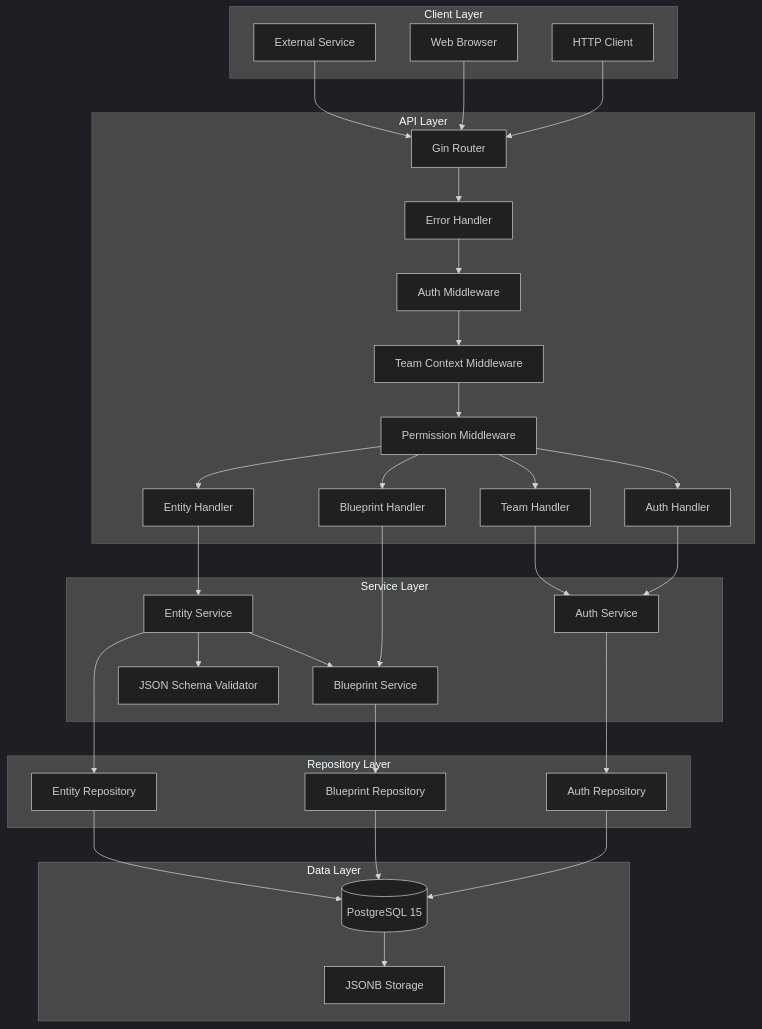
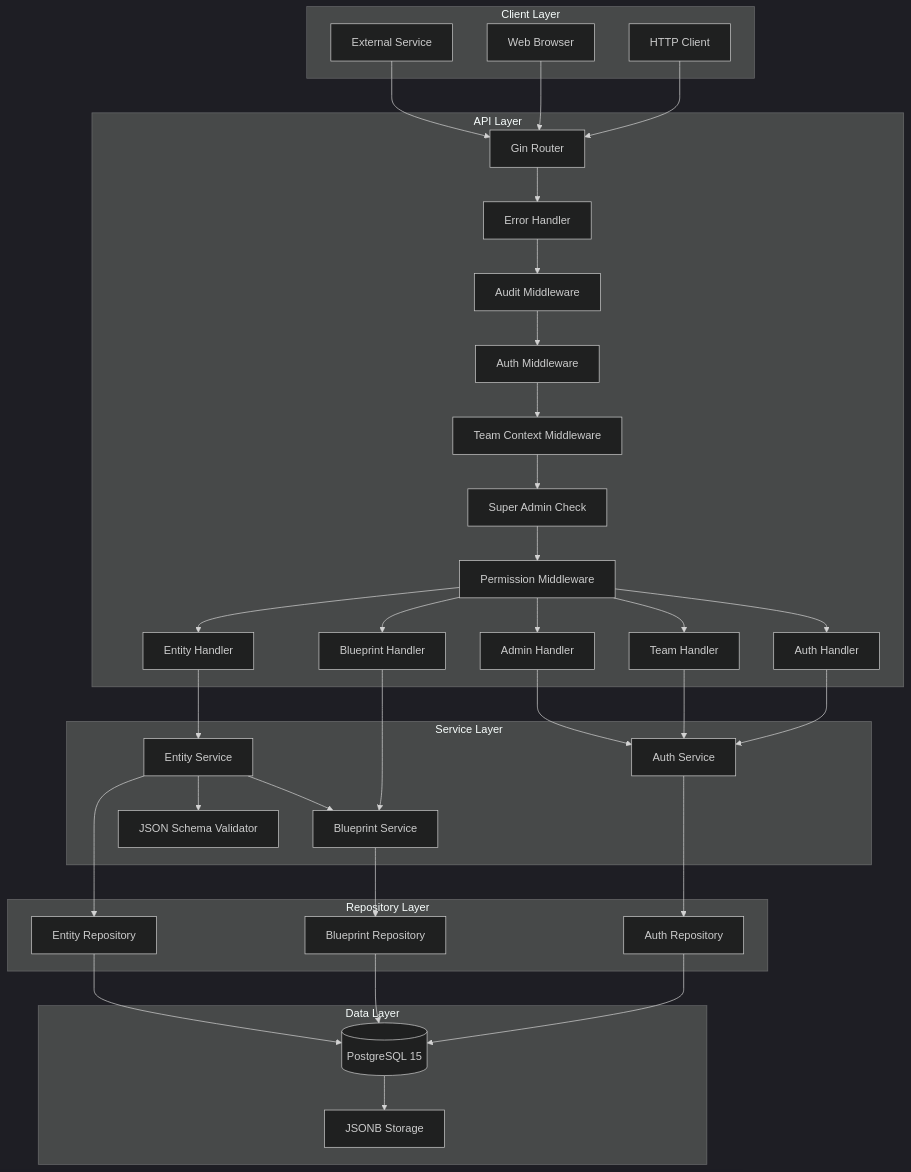
The first of 9 diagrams in docs/ARCHITECTURE.md (mrashed98/Baseplate), drawn with Mermaid (dark theme) before and after one commit. The commit also changed other lines of this file and 6 other files, not shown here.

First line of the commit message:
docs: Update all documentation files with super admin feature details

````diff
--- a/docs/ARCHITECTURE.md
+++ b/docs/ARCHITECTURE.md
@@ -46,71 +46,78 @@
 ```mermaid
 graph TB
     subgraph "Client Layer"
         CLIENT[HTTP Client]
         BROWSER[Web Browser]
         SERVICE[External Service]
     end
 
     subgraph "API Layer"
         ROUTER[Gin Router]
         MW_AUTH[Auth Middleware]
         MW_TEAM[Team Context Middleware]
+        MW_SUPER[Super Admin Check]
         MW_PERM[Permission Middleware]
+        MW_AUDIT[Audit Middleware]
         MW_ERR[Error Handler]
 
         HANDLER_AUTH[Auth Handler]
         HANDLER_TEAM[Team Handler]
         HANDLER_BP[Blueprint Handler]
         HANDLER_ENT[Entity Handler]
+        HANDLER_ADMIN[Admin Handler]
     end
 
     subgraph "Service Layer"
         SVC_AUTH[Auth Service]
         SVC_BP[Blueprint Service]
         SVC_ENT[Entity Service]
         VALIDATOR[JSON Schema Validator]
     end
 
     subgraph "Repository Layer"
         REPO_AUTH[Auth Repository]
         REPO_BP[Blueprint Repository]
         REPO_ENT[Entity Repository]
     end
 
     subgraph "Data Layer"
         POSTGRES[(PostgreSQL 15)]
         JSONB[JSONB Storage]
     end
 
     CLIENT --> ROUTER
     BROWSER --> ROUTER
     SERVICE --> ROUTER
 
     ROUTER --> MW_ERR
-    MW_ERR --> MW_AUTH
+    MW_ERR --> MW_AUDIT
+    MW_AUDIT --> MW_AUTH
     MW_AUTH --> MW_TEAM
-    MW_TEAM --> MW_PERM
+    MW_TEAM --> MW_SUPER
+    MW_SUPER --> MW_PERM
 
     MW_PERM --> HANDLER_AUTH
     MW_PERM --> HANDLER_TEAM
     MW_PERM --> HANDLER_BP
     MW_PERM --> HANDLER_ENT
+    MW_PERM --> HANDLER_ADMIN
 
     HANDLER_AUTH --> SVC_AUTH
     HANDLER_TEAM --> SVC_AUTH
+    HANDLER_ADMIN --> SVC_AUTH
     HANDLER_BP --> SVC_BP
     HANDLER_ENT --> SVC_ENT
 
     SVC_ENT --> VALIDATOR
     SVC_ENT --> SVC_BP
 
     SVC_AUTH --> REPO_AUTH
     SVC_BP --> REPO_BP
     SVC_ENT --> REPO_ENT
 
     REPO_AUTH --> POSTGRES
     REPO_BP --> POSTGRES
     REPO_ENT --> POSTGRES
 
     POSTGRES --> JSONB
 ```
````
